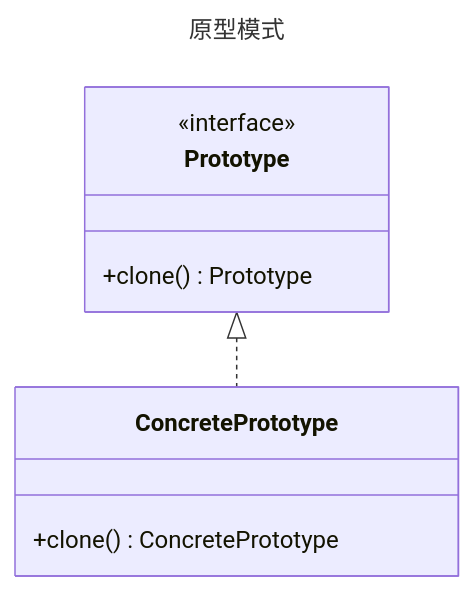
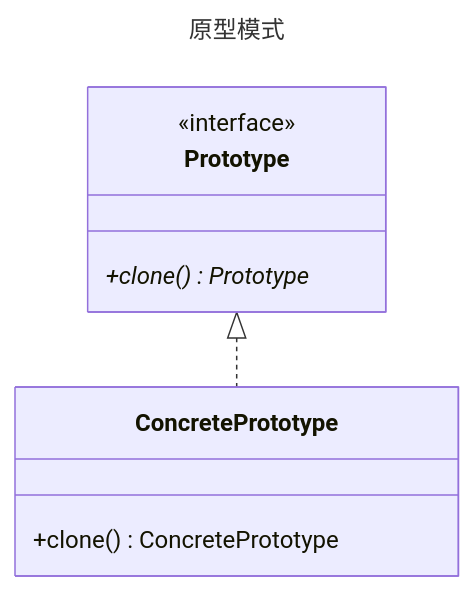
The diagram in prototype/README.md (fengyun89/typescript-design-patterns), drawn with Mermaid before and after one commit. The commit also changed 22 other files, not shown here.

Commit message:
结构型模式类图

````diff
--- a/prototype/README.md
+++ b/prototype/README.md
@@ -1,14 +1,14 @@
 ```mermaid
 ---
 title: 原型模式
 ---
 classDiagram
     class Prototype {
         <<interface>>
-        +clone() Prototype
+        +clone()* Prototype
     }
     class ConcretePrototype {
         +clone() ConcretePrototype
     }
     Prototype <|.. ConcretePrototype
 ```
````
